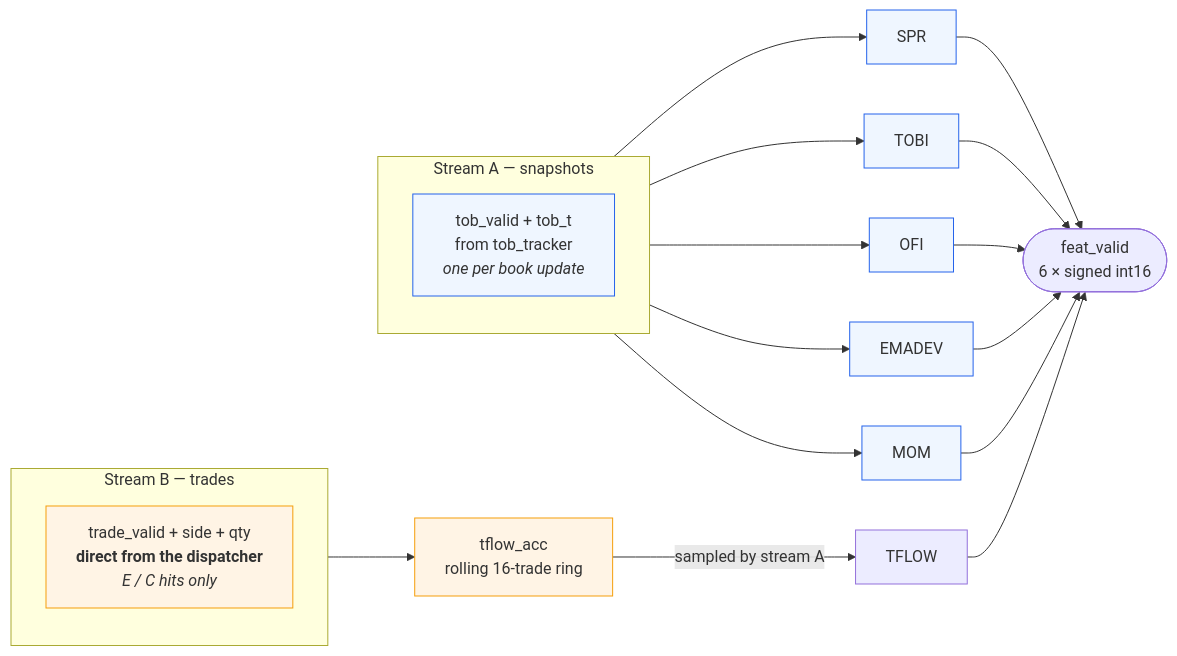
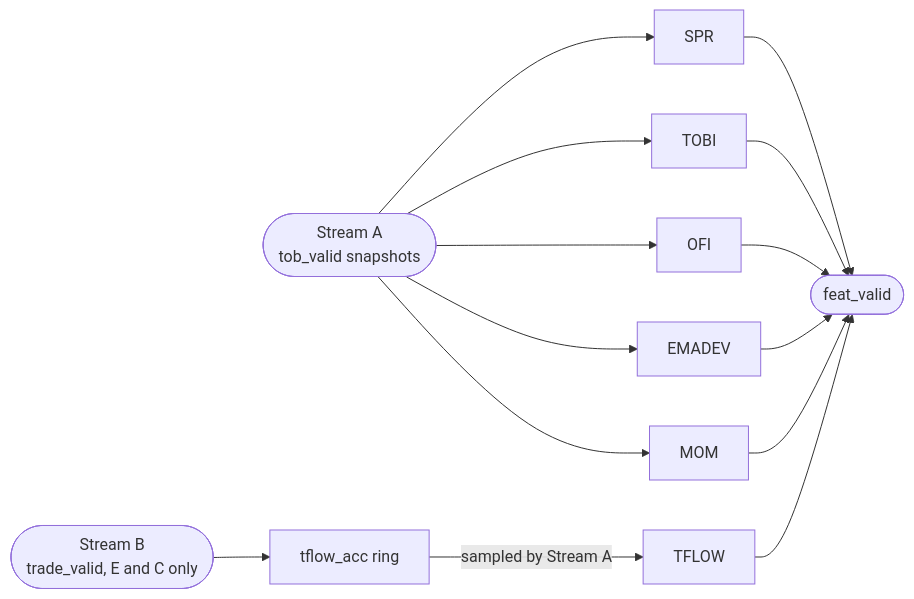
One commit to Rushmello369/fpga-feed-handler changed the first of 6 diagrams in docs/diagrams/feature_engine.md. Above: the diagram before and after it, drawn with Mermaid. The commit also changed other lines of this file and 12 other files, not shown here.

Commit message:
add diagrams for system and module architectures

````diff
--- a/docs/diagrams/feature_engine.md
+++ b/docs/diagrams/feature_engine.md
@@ -16,32 +16,16 @@
 ```mermaid
 flowchart LR
-    subgraph A["Stream A — snapshots"]
-        direction TB
-        TOB["tob_valid + tob_t<br/>from tob_tracker<br/><i>one per book update</i>"]
-    end
-
-    subgraph B["Stream B — trades"]
-        direction TB
-        TR["trade_valid + side + qty<br/><b>direct from the dispatcher</b><br/><i>E / C hits only</i>"]
-    end
-
-    A --> F1["SPR"]
-    A --> F2["TOBI"]
-    A --> F3["OFI"]
-    A --> F4["EMADEV"]
-    A --> F5["MOM"]
-    B --> ACC["tflow_acc<br/>rolling 16-trade ring"]
-    ACC -->|"sampled by stream A"| F6["TFLOW"]
-
-    F1 --> OUT(["feat_valid<br/>6 × signed int16"])
+    A([Stream A<br/>tob_valid snapshots]) --> F1[SPR]
+    A --> F2[TOBI]
+    A --> F3[OFI]
+    A --> F4[EMADEV]
+    A --> F5[MOM]
+    B([Stream B<br/>trade_valid, E and C only]) --> ACC[tflow_acc ring]
+    ACC -->|sampled by Stream A| F6[TFLOW]
+    F1 --> OUT([feat_valid])
     F2 --> OUT
     F3 --> OUT
     F4 --> OUT
     F5 --> OUT
     F6 --> OUT
-
-    classDef sa fill:#eff6ff,stroke:#2563eb
-    classDef sb fill:#fff4e5,stroke:#f59e0b
-    class TOB,F1,F2,F3,F4,F5 sa
-    class TR,ACC sb
 ```
````
